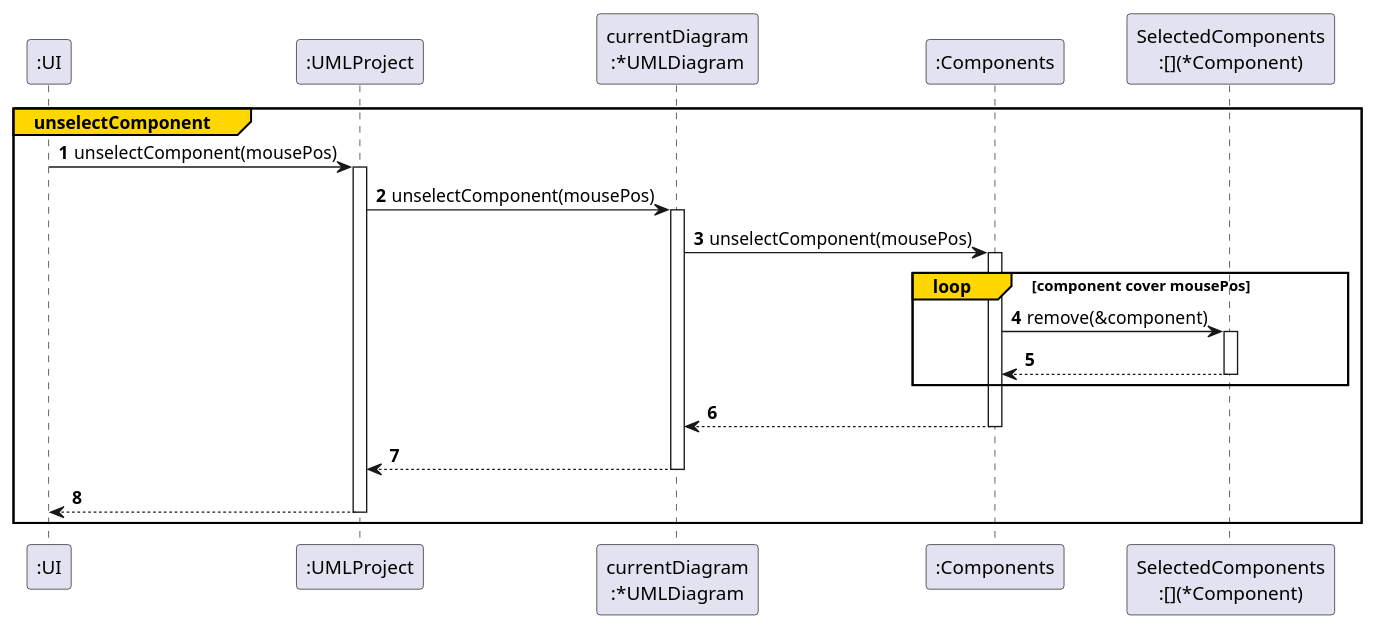
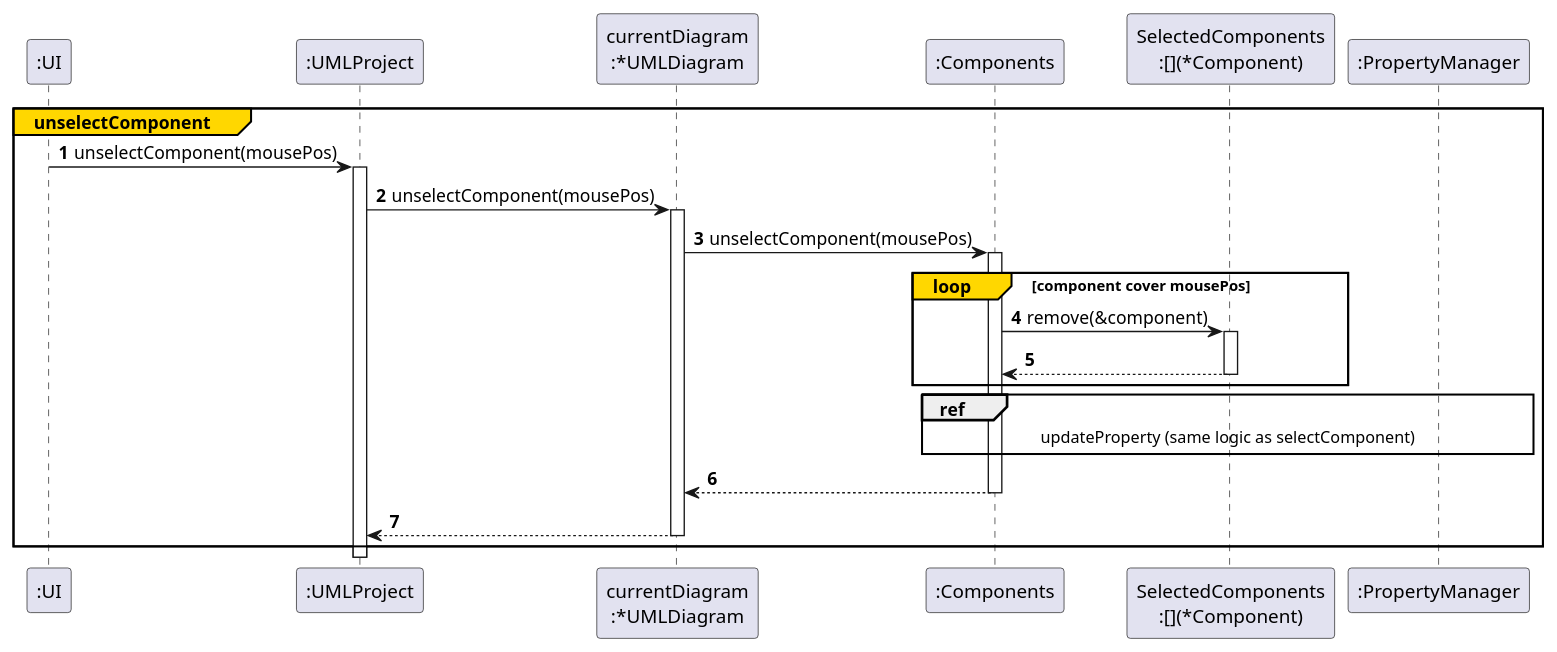
The sixth of 17 diagrams in docs/graphs/ssd.iuml (Vghxv/Dr.UML__________________), drawn with PlantUML before and after one commit. The commit also changed other lines of this file and 4 other files, not shown here.

```diff
--- a/docs/graphs/ssd.iuml
+++ b/docs/graphs/ssd.iuml
@@ -108,16 +132,18 @@
 @startuml
 autonumber
 autoactivate on
 group#gold #white unselectComponent
     ":UI" -> ":UMLProject": unselectComponent(mousePos)
     ":UMLProject" -> "currentDiagram\n:*UMLDiagram": unselectComponent(mousePos)
     "currentDiagram\n:*UMLDiagram" -> ":Components": unselectComponent(mousePos)
     loop#gold #white component cover mousePos
         ":Components" -> "SelectedComponents\n:[](*Component)": remove(&component)
         return
     end loop
-    return
+
+    ref over ":Components" , ":PropertyManager" : updateProperty (same logic as selectComponent)
+
     return
     return
 end unselectComponent
 @enduml
```
